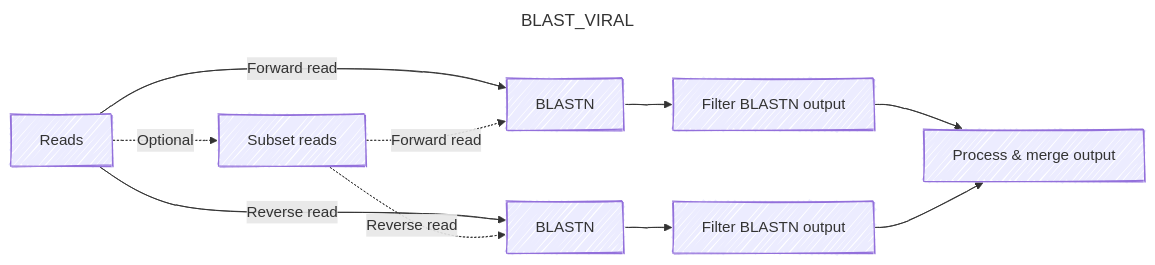
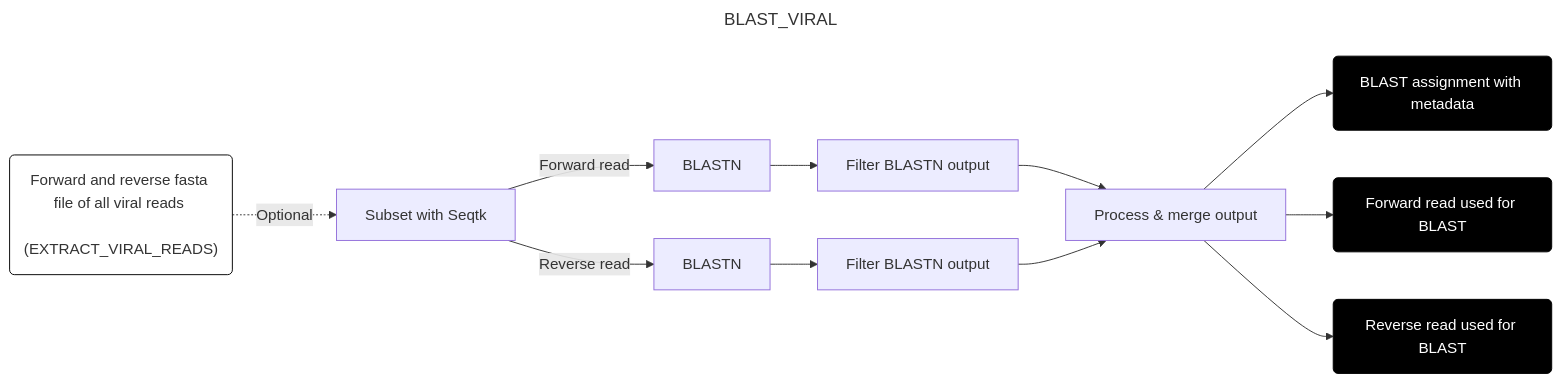
Before and after one commit to naobservatory/mgs-workflow: the seventh of 8 diagrams in docs/run.md, drawn with Mermaid. The commit also changed other lines of this file, not shown here.

````diff
--- a/docs/run.md
+++ b/docs/run.md
@@ -158,18 +245,21 @@
 ```mermaid
 ---
 title: BLAST_VIRAL
 config:
   layout: horizontal
-  look: handDrawn
-  theme: default
 ---
 flowchart LR
-A[Reads] -.-> |Optional|B[Subset reads]
-A --> |Forward read|C[BLASTN]
-A --> |Reverse read|D[BLASTN]
-B -.-> |Forward read|C[BLASTN]
-B -.-> |Reverse read|D[BLASTN]
+A("Forward and reverse fasta file of all viral reads <br> (EXTRACT_VIRAL_READS)") -.-> |Optional|B[Subset with Seqtk]
+B --> |Forward read|C[BLASTN]
+B --> |Reverse read|D[BLASTN]
 C --> E[Filter BLASTN output]
 D --> F[Filter BLASTN output]
 E & F --> G[Process & merge output]
+G --> H(BLAST assignment with metadata)
+G --> I(Forward read used for BLAST)
+G --> J(Reverse read used for BLAST)
+style A fill:#fff,stroke:#000
+style H fill:#000,color:#fff,stroke:#000
+style I fill:#000,color:#fff,stroke:#000
+style J fill:#000,color:#fff,stroke:#000
 ```
````
